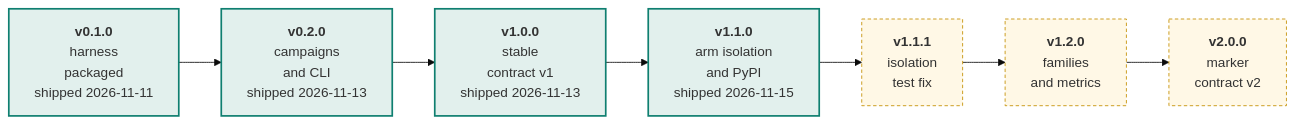
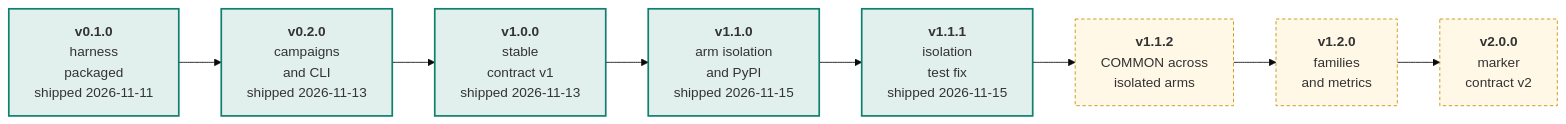
The first of 2 diagrams in docs/roadmap.md (swarm-routing/ns3-tools), drawn with Mermaid (base theme) before and after one commit. The commit also changed other lines of this file, not shown here.

First paragraph of the commit message:
docs(roadmap): a v1.1.2 row: ##COMMON## across isolated arms; v1.1.1 shipped (#220)
## Summary

````diff
--- a/docs/roadmap.md
+++ b/docs/roadmap.md
@@ -56,20 +56,22 @@
 ```mermaid
 flowchart LR
     V01["<b>v0.1.0</b><br/>harness<br/>packaged<br/>shipped 2026-11-11"]
     V02["<b>v0.2.0</b><br/>campaigns<br/>and CLI<br/>shipped 2026-11-13"]
     V10["<b>v1.0.0</b><br/>stable<br/>contract v1<br/>shipped 2026-11-13"]
     V11["<b>v1.1.0</b><br/>arm isolation<br/>and PyPI<br/>shipped 2026-11-15"]
-    V111["<b>v1.1.1</b><br/>isolation<br/>test fix"]
+    V111["<b>v1.1.1</b><br/>isolation<br/>test fix<br/>shipped 2026-11-15"]
+    V112["<b>v1.1.2</b><br/>COMMON across<br/>isolated arms"]
     V12["<b>v1.2.0</b><br/>families<br/>and metrics"]
     V20["<b>v2.0.0</b><br/>marker<br/>contract v2"]
 
-    V01 --> V02 --> V10 --> V11 --> V111 --> V12 --> V20
+    V01 --> V02 --> V10 --> V11 --> V111 --> V112 --> V12 --> V20
 
     style V01 fill:#e2f0ed,stroke:#0f7f70,stroke-width:2px
     style V02 fill:#e2f0ed,stroke:#0f7f70,stroke-width:2px
     style V10 fill:#e2f0ed,stroke:#0f7f70,stroke-width:2px
     style V11 fill:#e2f0ed,stroke:#0f7f70,stroke-width:2px
-    style V111 fill:#fff8e6,stroke:#c48f00,stroke-dasharray:4 3
+    style V111 fill:#e2f0ed,stroke:#0f7f70,stroke-width:2px
+    style V112 fill:#fff8e6,stroke:#c48f00,stroke-dasharray:4 3
     style V12 fill:#fff8e6,stroke:#c48f00,stroke-dasharray:4 3
     style V20 fill:#fff8e6,stroke:#c48f00,stroke-dasharray:4 3
 ```
````
